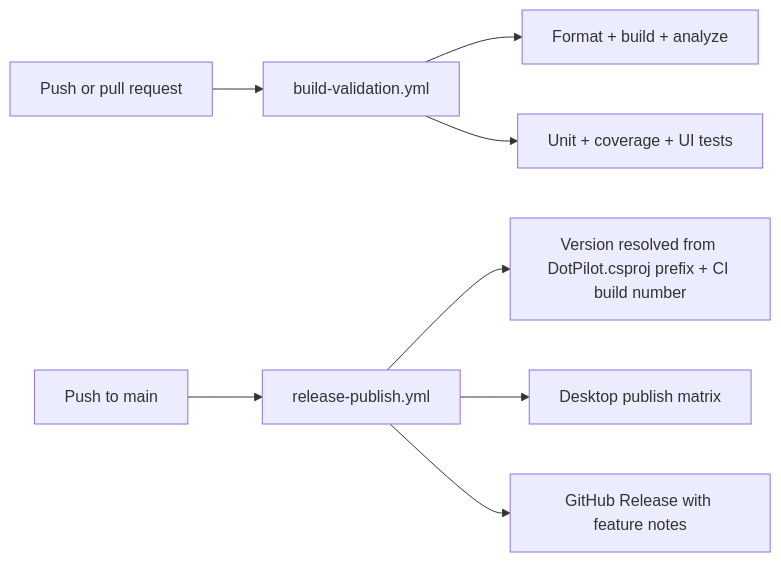
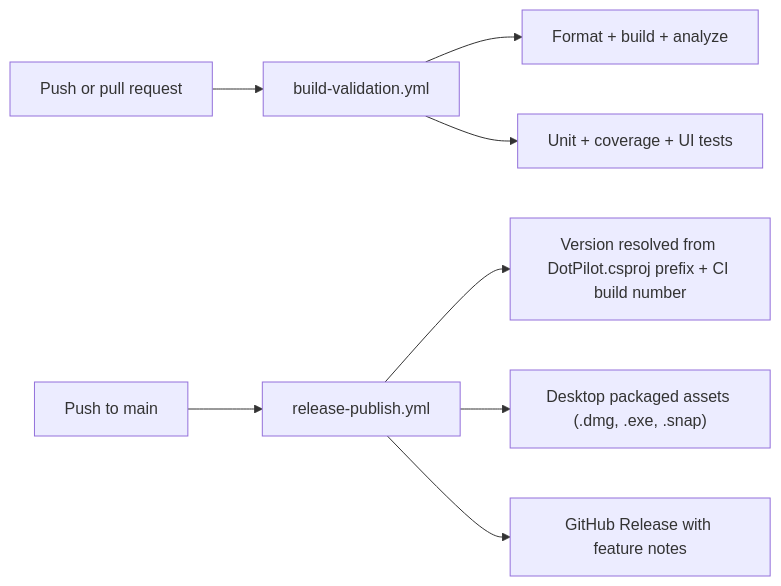
The diagram in docs/ADR/ADR-0002-split-github-actions-build-and-release.md (managedcode/dotPilot), drawn with Mermaid before and after one commit. The commit also changed other lines of this file and 67 other files, not shown here.

````diff
--- a/docs/ADR/ADR-0002-split-github-actions-build-and-release.md
+++ b/docs/ADR/ADR-0002-split-github-actions-build-and-release.md
@@ -40,21 +42,21 @@
 ```mermaid
 flowchart LR
   Change["Push or pull request"]
   ReleaseIntent["Push to main"]
   Validation["build-validation.yml"]
   Release["release-publish.yml"]
   Quality["Format + build + analyze"]
   Tests["Unit + coverage + UI tests"]
   Version["Version resolved from DotPilot.csproj prefix + CI build number"]
-  Publish["Desktop publish matrix"]
+  Publish["Desktop packaged assets (.dmg, .exe, .snap)"]
   GitHubRelease["GitHub Release with feature notes"]
 
   Change --> Validation
   Validation --> Quality
   Validation --> Tests
 
   ReleaseIntent --> Release
   Release --> Version
   Release --> Publish
   Release --> GitHubRelease
 ```
````
